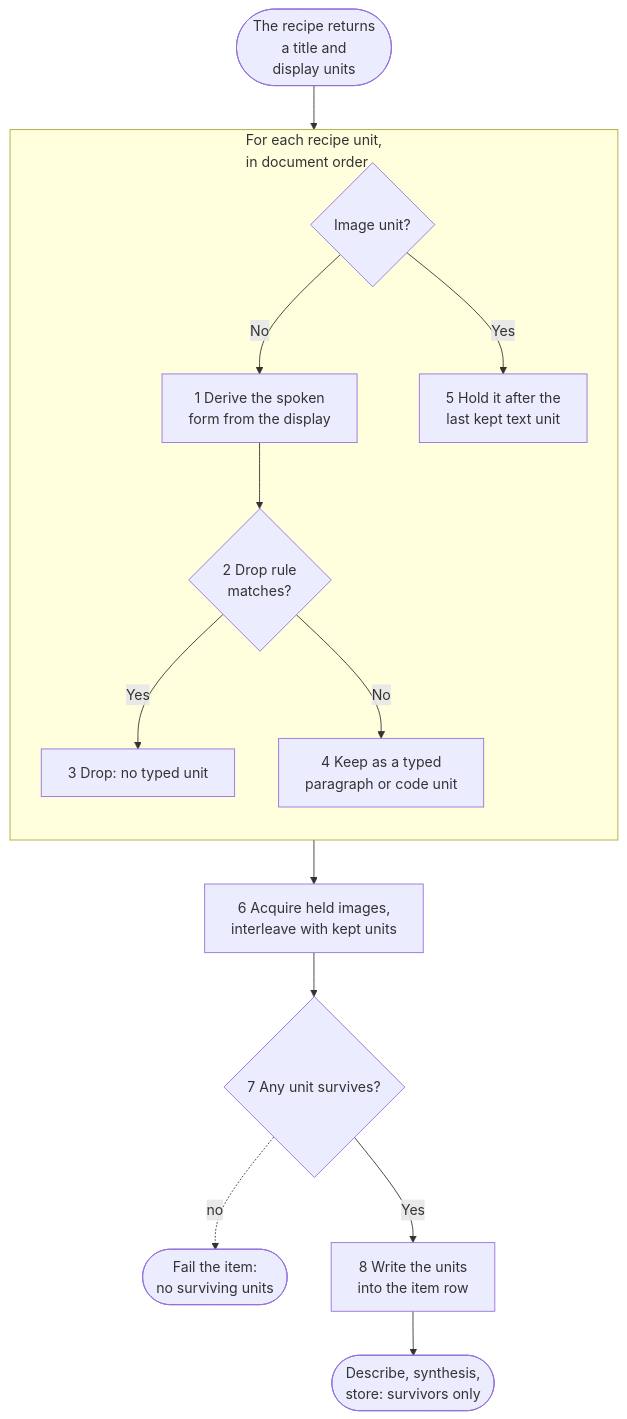
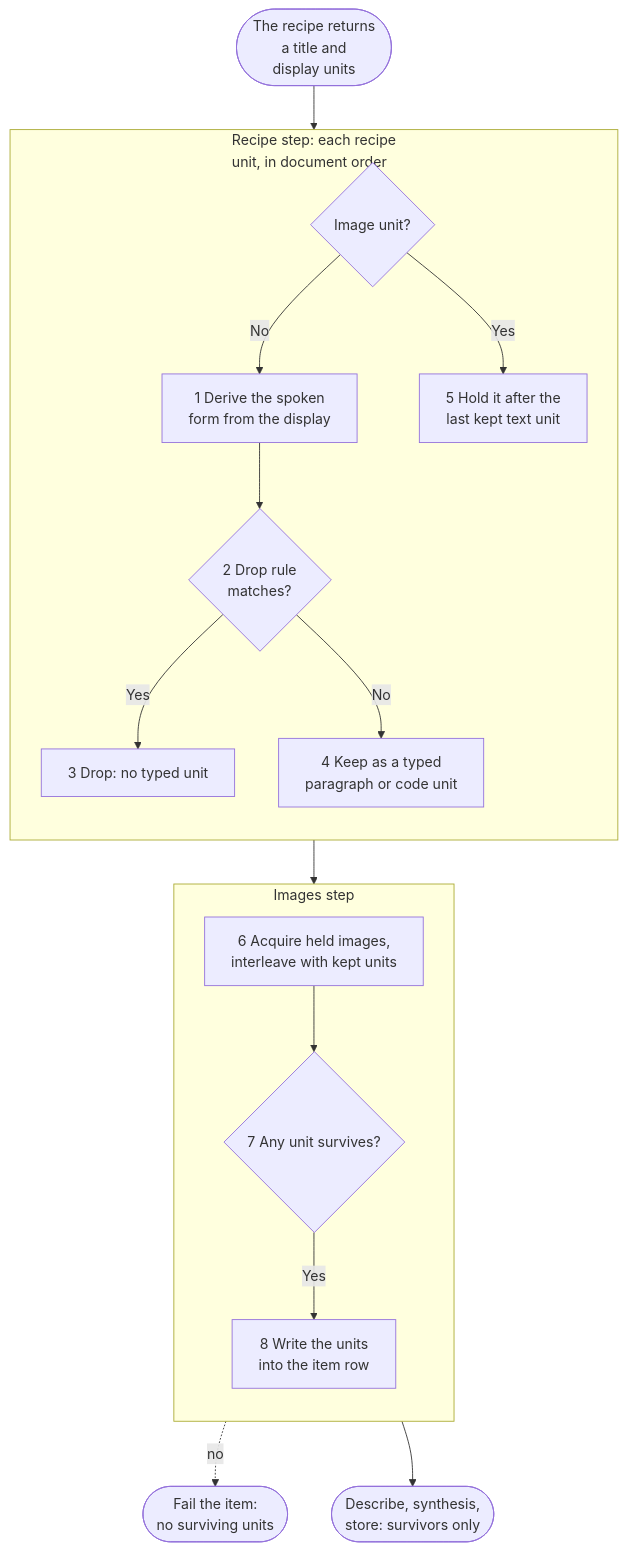
Before and after one commit to asermax/nagara: the first of 2 diagrams in docs/technical-design/article-extraction.md, drawn with Mermaid. The commit also changed other lines of this file and 9 other files, not shown here.

````diff
--- a/docs/technical-design/article-extraction.md
+++ b/docs/technical-design/article-extraction.md
@@ -25,18 +25,22 @@
 ```mermaid
 flowchart TD
     start(["The recipe returns<br/>a title and<br/>display units"]) --> loop
-    subgraph loop ["For each recipe unit,<br/>in document order"]
+    subgraph loop ["Recipe step: each recipe<br/>unit, in document order"]
         direction TB
         kind{"Image unit?"}
         kind -->|No| spoken["1 Derive the spoken<br/>form from the display"]
         spoken --> test{"2 Drop rule<br/>matches?"}
         test -->|Yes| drop["3 Drop: no typed unit"]
         test -->|No| keep["4 Keep as a typed<br/>paragraph or code unit"]
         kind -->|Yes| stash["5 Hold it after the<br/>last kept text unit"]
     end
-    loop --> acquire["6 Acquire held images,<br/>interleave with kept units"]
-    acquire --> any{"7 Any unit survives?"}
+    subgraph images ["Images step"]
+        direction TB
+        acquire["6 Acquire held images,<br/>interleave with kept units"]
+        acquire --> any{"7 Any unit survives?"}
+        any -->|Yes| write["8 Write the units<br/>into the item row"]
+    end
+    loop --> acquire
     any -. no .-> fail(["Fail the item:<br/>no surviving units"])
-    any -->|Yes| write["8 Write the units<br/>into the item row"]
     write --> next(["Describe, synthesis,<br/>store: survivors only"])
 ```
````
